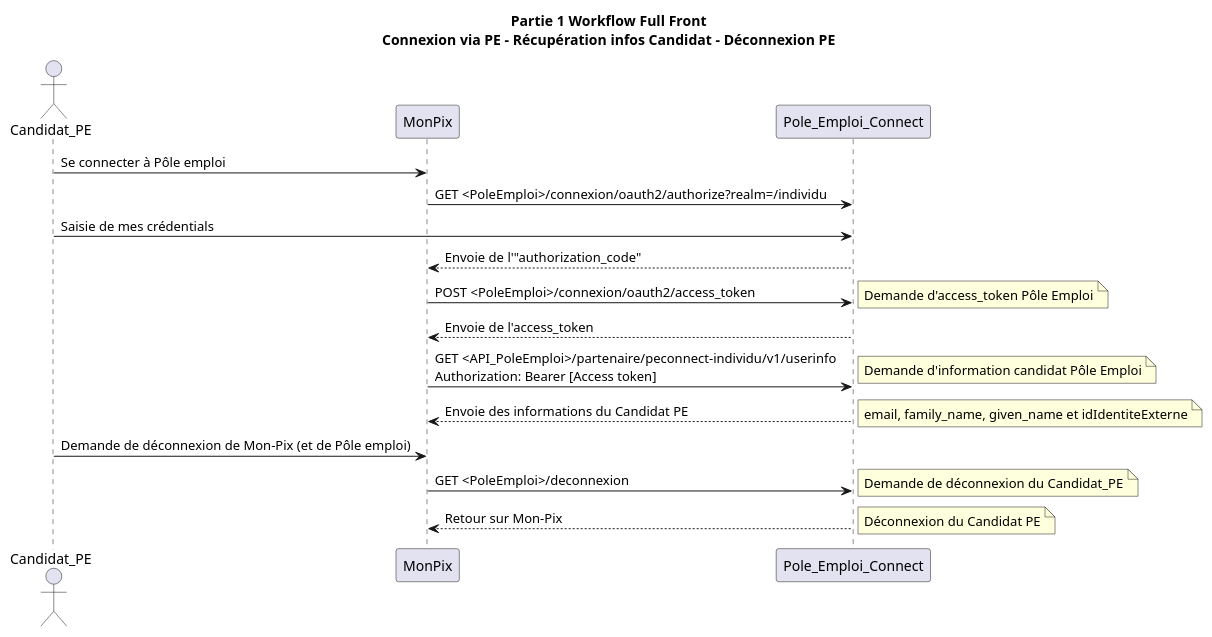
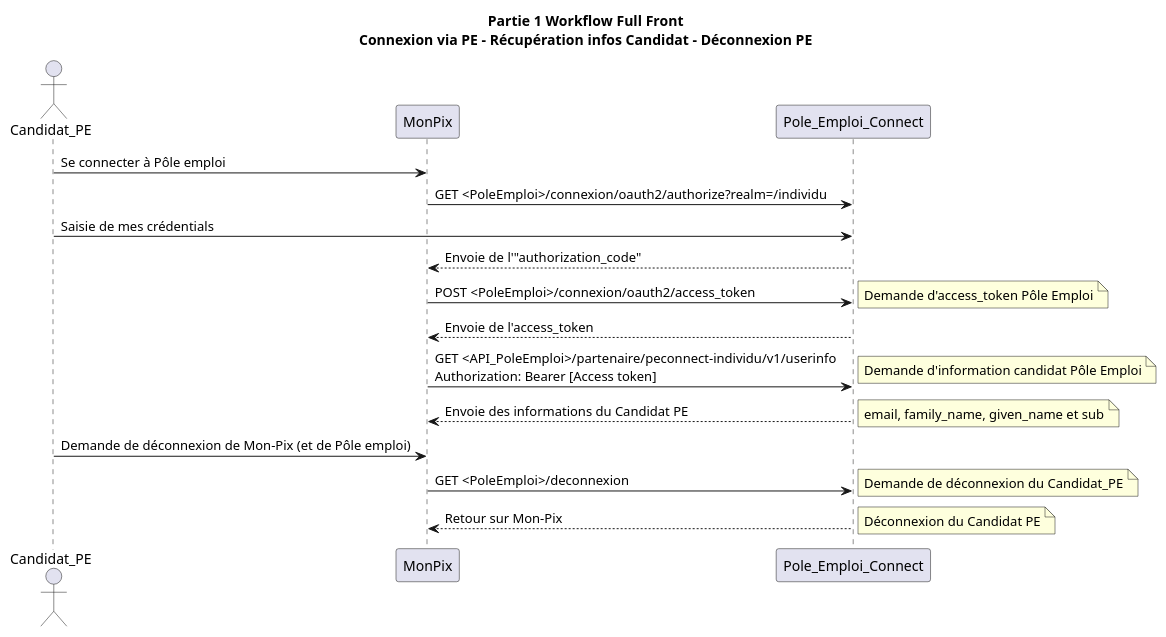
Before and after one commit to 1024pix/pix: the diagram in docs/security/poleEmploi/authenticate_open_id.part1.puml, drawn with PlantUML. The commit also changed 5 other files, not shown here.

First line of the commit message:
api: replace idIdentiteExterne with sub

```diff
--- a/docs/security/poleEmploi/authenticate_open_id.part1.puml
+++ b/docs/security/poleEmploi/authenticate_open_id.part1.puml
@@ -1,30 +1,30 @@
 @startuml
 
 title **Partie 1 Workflow Full Front**\nConnexion via PE - Récupération infos Candidat - Déconnexion PE
 
 actor Candidat_PE
 participant MonPix
 participant Pole_Emploi_Connect
 
 Candidat_PE -> MonPix: Se connecter à Pôle emploi
 MonPix -> Pole_Emploi_Connect: GET <PoleEmploi>/connexion/oauth2/authorize?realm=/individu
 
 Candidat_PE -> Pole_Emploi_Connect: Saisie de mes crédentials
 Pole_Emploi_Connect --> MonPix: Envoie de l'"authorization_code"
 
 MonPix -> Pole_Emploi_Connect: POST <PoleEmploi>/connexion/oauth2/access_token
 note right: Demande d'access_token Pôle Emploi
 Pole_Emploi_Connect --> MonPix: Envoie de l'access_token
 
 MonPix -> Pole_Emploi_Connect: GET <API_PoleEmploi>/partenaire/peconnect-individu/v1/userinfo\nAuthorization: Bearer [Access token]
 note right: Demande d'information candidat Pôle Emploi
 Pole_Emploi_Connect --> MonPix: Envoie des informations du Candidat PE
-note right: email, family_name, given_name et idIdentiteExterne
+note right: email, family_name, given_name et sub
 
 Candidat_PE -> MonPix: Demande de déconnexion de Mon-Pix (et de Pôle emploi)
 MonPix -> Pole_Emploi_Connect: GET <PoleEmploi>/deconnexion
 note right: Demande de déconnexion du Candidat_PE
 Pole_Emploi_Connect --> MonPix: Retour sur Mon-Pix
 note right: Déconnexion du Candidat PE
 
 @enduml
```
